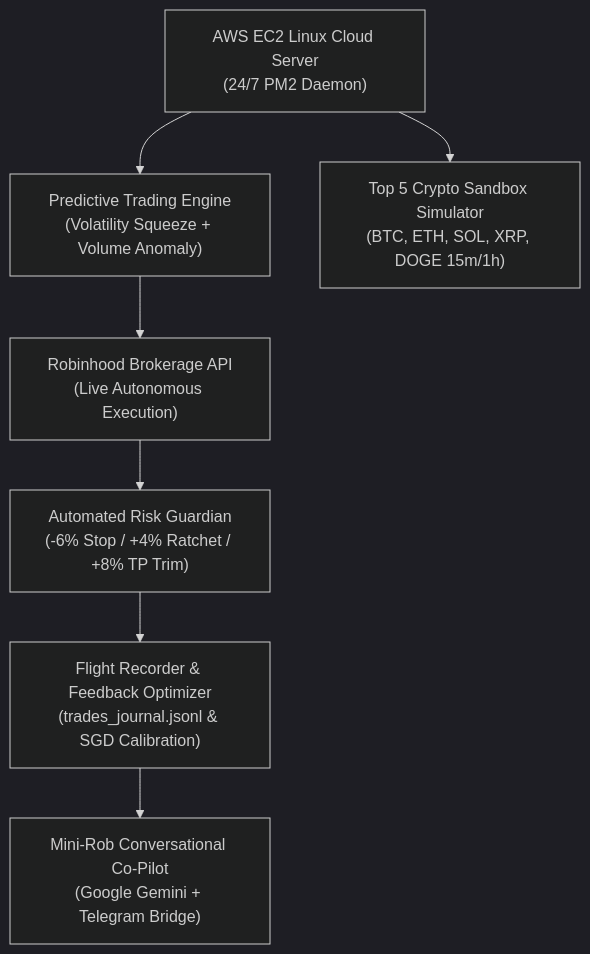
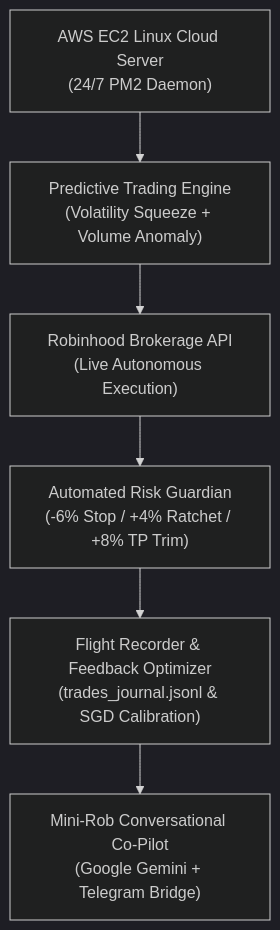
Before and after one commit to DB4407/robinhood-telegram-bot: the diagram in README.md, drawn with Mermaid (dark theme). The commit also changed other lines of this file and 3 other files, not shown here.

Commit message:
refactor: Focus codebase purely on physical AI equity trading and automated risk guardian (remove crypto sandbox)

````diff
--- a/README.md
+++ b/README.md
@@ -14,9 +14,8 @@
 ```mermaid
 graph TD
     A["AWS EC2 Linux Cloud Server<br>(24/7 PM2 Daemon)"] --> B["Predictive Trading Engine<br>(Volatility Squeeze + Volume Anomaly)"]
     B --> C["Robinhood Brokerage API<br>(Live Autonomous Execution)"]
     C --> D["Automated Risk Guardian<br>(-6% Stop / +4% Ratchet / +8% TP Trim)"]
     D --> E["Flight Recorder & Feedback Optimizer<br>(trades_journal.jsonl & SGD Calibration)"]
     E --> F["Mini-Rob Conversational Co-Pilot<br>(Google Gemini + Telegram Bridge)"]
-    A --> G["Top 5 Crypto Sandbox Simulator<br>(BTC, ETH, SOL, XRP, DOGE 15m/1h)"]
 ```
````
